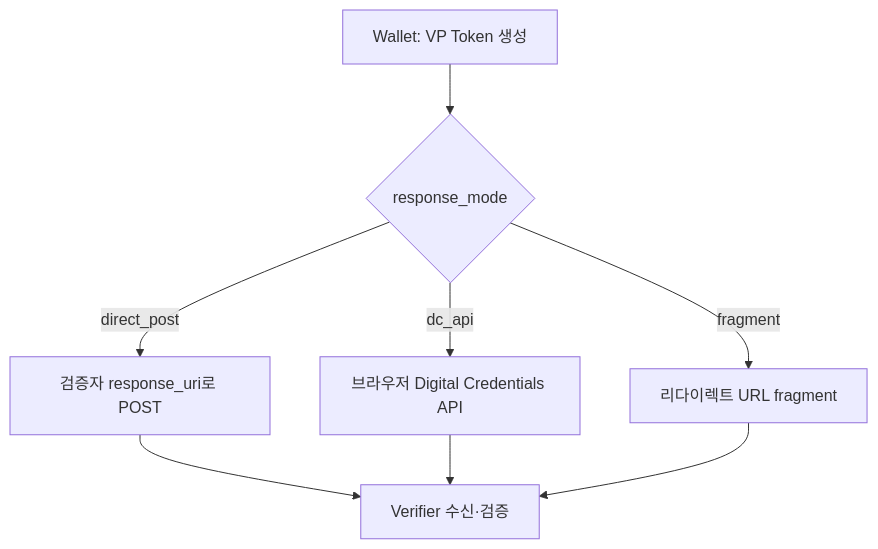
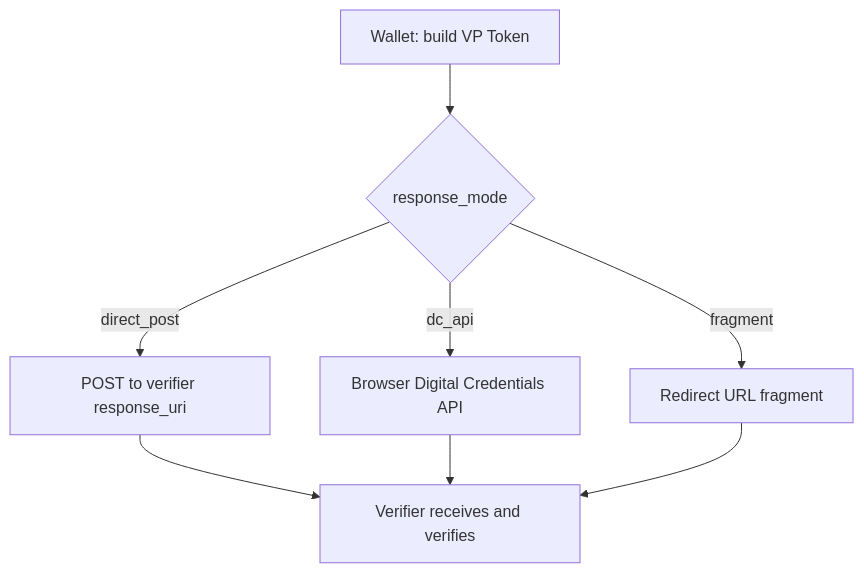
Before and after one commit to OmniOneID/poc-oid4vc: the third of 4 diagrams in docs/concepts/oid4vp/oid4vp_presentation_flow.md, drawn with Mermaid. The commit also changed other lines of this file and 29 other files, not shown here.

````diff
--- a/docs/concepts/oid4vp/oid4vp_presentation_flow.md
+++ b/docs/concepts/oid4vp/oid4vp_presentation_flow.md
@@ -100,10 +94,10 @@
 ```mermaid
 flowchart TB
-    W[Wallet: VP Token 생성] --> M{response_mode}
-    M -->|direct_post| P[검증자 response_uri로 POST]
-    M -->|dc_api| D[브라우저 Digital Credentials API]
-    M -->|fragment| F[리다이렉트 URL fragment]
-    P --> V[Verifier 수신·검증]
+    W[Wallet: build VP Token] --> M{response_mode}
+    M -->|direct_post| P[POST to verifier response_uri]
+    M -->|dc_api| D[Browser Digital Credentials API]
+    M -->|fragment| F[Redirect URL fragment]
+    P --> V[Verifier receives and verifies]
     D --> V
     F --> V
 ```
````
